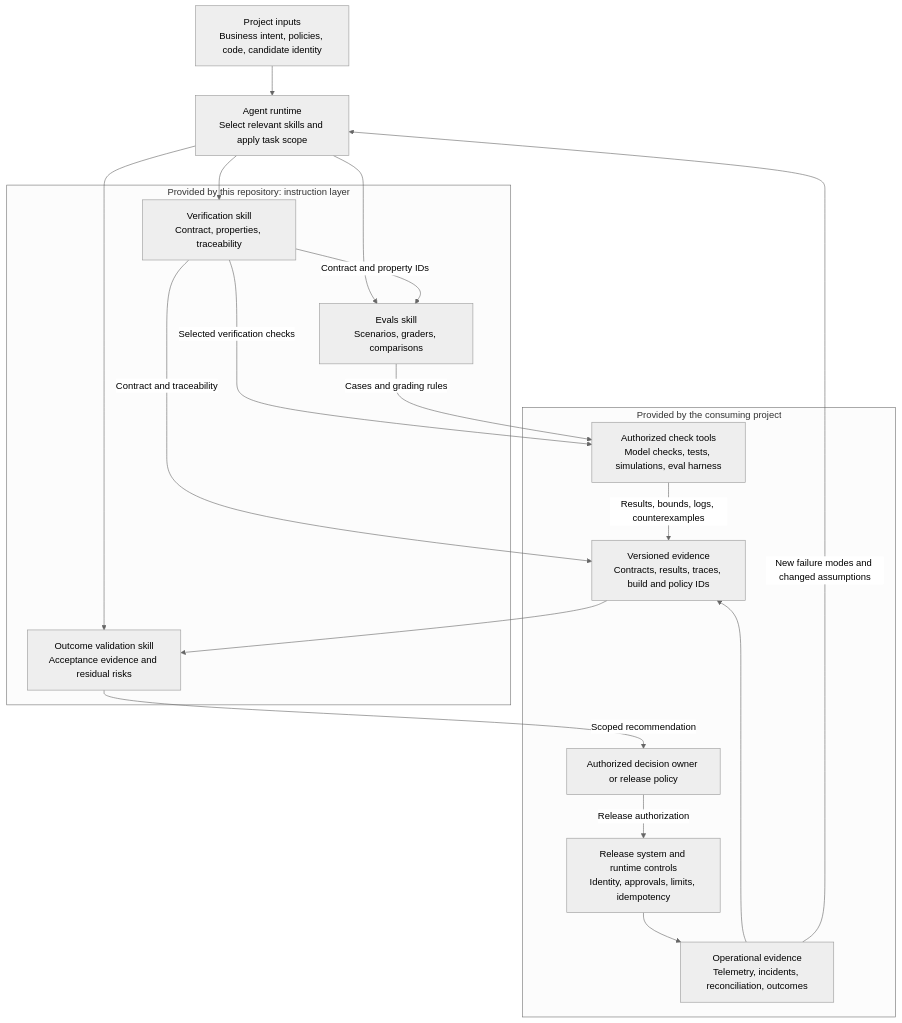
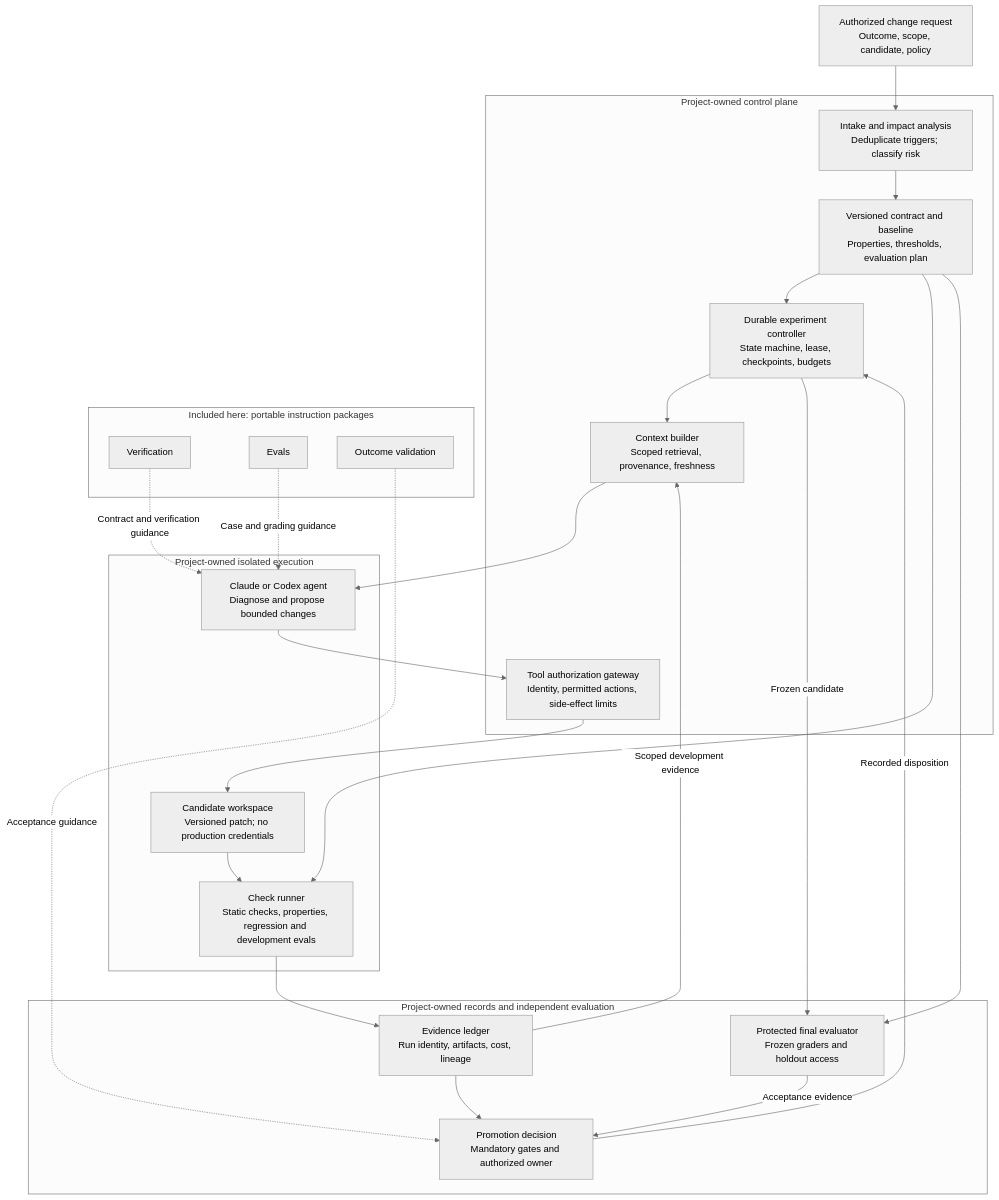
One commit to bijit-ghosh/Agent-Skills changed the second of 6 diagrams in README.md. Above: the diagram before and after it, drawn with Mermaid (neutral theme). The commit also changed other lines of this file, not shown here.

Commit message:
Refine assurance architecture, evaluation boundaries, context flow and recovery

````diff
--- a/README.md
+++ b/README.md
@@ -198,35 +198,40 @@
 ```mermaid
 flowchart TB
-    INPUT["Project inputs<br/>Business intent, policies, code, candidate identity"]
-    AGENT["Agent runtime<br/>Select relevant skills and apply task scope"]
-
-    subgraph SKILLS["Provided by this repository: instruction layer"]
-        V["Verification skill<br/>Contract, properties, traceability"]
-        E["Evals skill<br/>Scenarios, graders, comparisons"]
-        O["Outcome validation skill<br/>Acceptance evidence and residual risks"]
+    INPUT["Authorized change request<br/>Outcome, scope, candidate, policy"]
+    subgraph CONTROL["Project-owned control plane"]
+        INTAKE["Intake and impact analysis<br/>Deduplicate triggers; classify risk"]
+        CONTRACT["Versioned contract and baseline<br/>Properties, thresholds, evaluation plan"]
+        RUNNER["Durable experiment controller<br/>State machine, lease, checkpoints, budgets"]
+        CONTEXT["Context builder<br/>Scoped retrieval, provenance, freshness"]
+        POLICY["Tool authorization gateway<br/>Identity, permitted actions, side-effect limits"]
     end
-
-    subgraph PROJECT["Provided by the consuming project"]
-        TOOLS["Authorized check tools<br/>Model checks, tests, simulations, eval harness"]
-        RECORDS["Versioned evidence<br/>Contracts, results, traces, build and policy IDs"]
-        OWNER["Authorized decision owner or release policy"]
-        RELEASE["Release system and runtime controls<br/>Identity, approvals, limits, idempotency"]
-        SIGNALS["Operational evidence<br/>Telemetry, incidents, reconciliation, outcomes"]
+    subgraph INCLUDED["Included here: portable instruction packages"]
+        V["Verification"]
+        E["Evals"]
+        O["Outcome validation"]
     end
-
-    INPUT --> AGENT
-    AGENT --> V
-    AGENT --> E
-    AGENT --> O
-    V -->|"Contract and property IDs"| E
-    V -->|"Selected verification checks"| TOOLS
-    E -->|"Cases and grading rules"| TOOLS
-    V -->|"Contract and traceability"| RECORDS
-    TOOLS -->|"Results, bounds, logs, counterexamples"| RECORDS
-    RECORDS --> O
-    O -->|"Scoped recommendation"| OWNER
-    OWNER -->|"Release authorization"| RELEASE
-    RELEASE --> SIGNALS
-    SIGNALS --> RECORDS
-    SIGNALS -->|"New failure modes and changed assumptions"| AGENT
+    subgraph EXEC["Project-owned isolated execution"]
+        AGENT["Claude or Codex agent<br/>Diagnose and propose bounded changes"]
+        CANDIDATE["Candidate workspace<br/>Versioned patch; no production credentials"]
+        CHECKS["Check runner<br/>Static checks, properties, regression and development evals"]
+    end
+    subgraph EVIDENCE["Project-owned records and independent evaluation"]
+        LEDGER["Evidence ledger<br/>Run identity, artifacts, cost, lineage"]
+        FINAL["Protected final evaluator<br/>Frozen graders and holdout access"]
+        DECISION["Promotion decision<br/>Mandatory gates and authorized owner"]
+    end
+    INPUT --> INTAKE --> CONTRACT --> RUNNER
+    RUNNER --> CONTEXT --> AGENT
+    V -.->|"Contract and verification guidance"| AGENT
+    E -.->|"Case and grading guidance"| AGENT
+    O -.->|"Acceptance guidance"| DECISION
+    AGENT --> POLICY --> CANDIDATE --> CHECKS
+    CONTRACT --> CHECKS
+    CHECKS --> LEDGER
+    LEDGER -->|"Scoped development evidence"| CONTEXT
+    RUNNER -->|"Frozen candidate"| FINAL
+    CONTRACT --> FINAL
+    FINAL -->|"Acceptance evidence"| DECISION
+    LEDGER --> DECISION
+    DECISION -->|"Recorded disposition"| RUNNER
 ```
````
